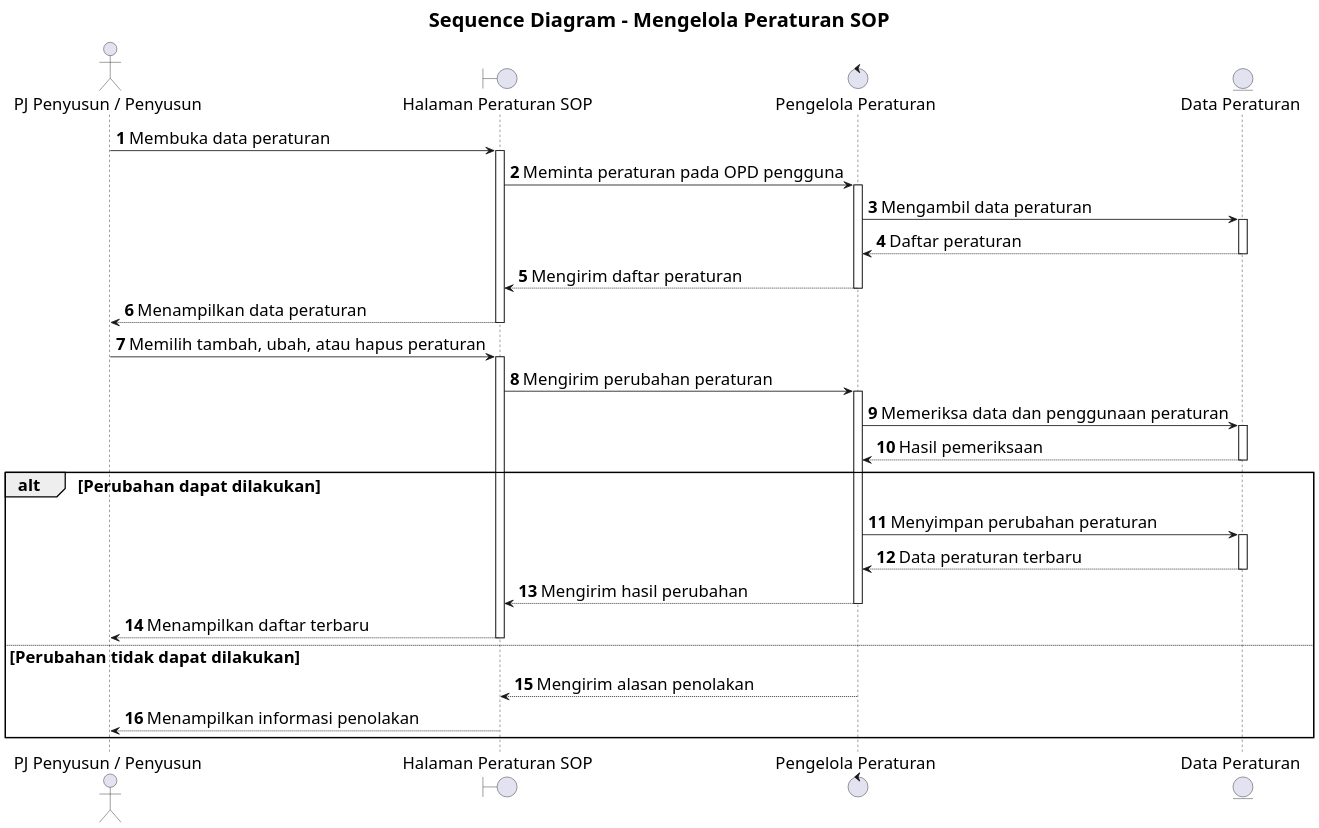
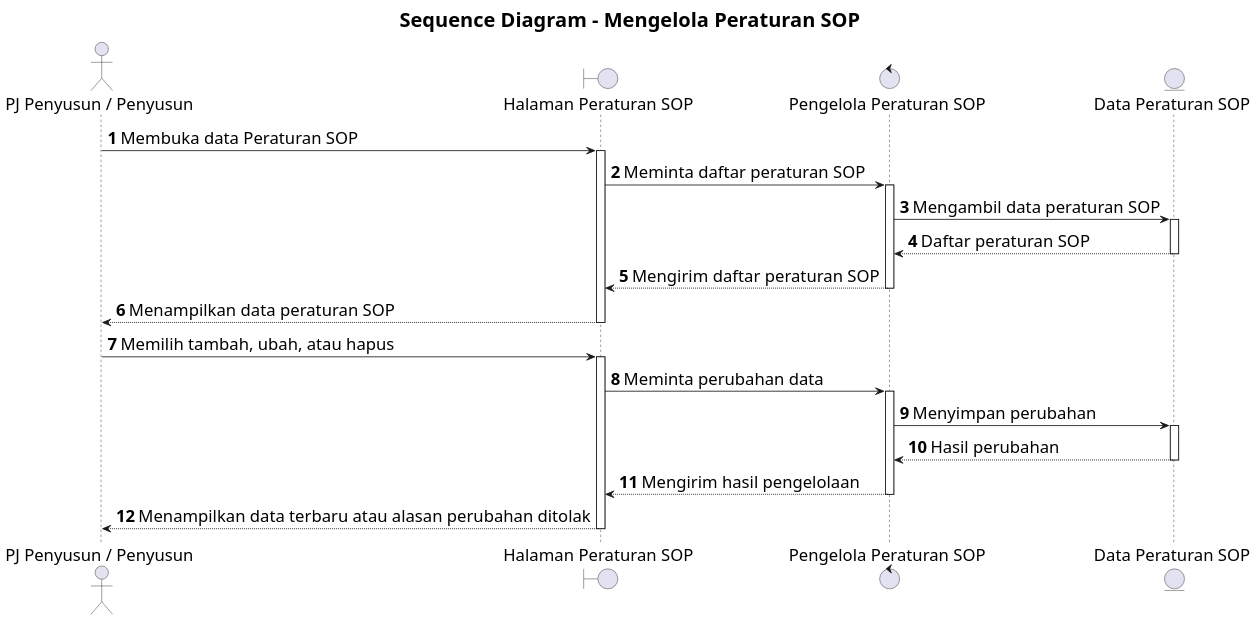
The diagram in docs/sequence/lampiran/pj-penyusun-penyusun-mengelola-peraturan-sop.md (howlil/sop-generate-app), drawn with PlantUML before and after one commit. The commit also changed other lines of this file and 20 other files, not shown here.

Commit message:
docs(sequence): simplify interaction detail across use cases

````diff
--- a/docs/sequence/lampiran/pj-penyusun-penyusun-mengelola-peraturan-sop.md
+++ b/docs/sequence/lampiran/pj-penyusun-penyusun-mengelola-peraturan-sop.md
@@ -16,39 +16,31 @@
 ```plantuml
 @startuml
 skinparam defaultFontSize 20
 skinparam titleFontSize 24
 skinparam dpi 160
 
 title Sequence Diagram - Mengelola Peraturan SOP
 autonumber
 autoactivate on
 
 actor "PJ Penyusun / Penyusun" as A
 boundary "Halaman Peraturan SOP" as B
-control "Pengelola Peraturan" as C
-entity "Data Peraturan" as D
+control "Pengelola Peraturan SOP" as C
+entity "Data Peraturan SOP" as D
 
-A -> B : Membuka data peraturan
-B -> C : Meminta peraturan pada OPD pengguna
-C -> D : Mengambil data peraturan
-D --> C : Daftar peraturan
-C --> B : Mengirim daftar peraturan
-B --> A : Menampilkan data peraturan
+A -> B : Membuka data Peraturan SOP
+B -> C : Meminta daftar peraturan SOP
+C -> D : Mengambil data peraturan SOP
+D --> C : Daftar peraturan SOP
+C --> B : Mengirim daftar peraturan SOP
+B --> A : Menampilkan data peraturan SOP
 
-A -> B : Memilih tambah, ubah, atau hapus peraturan
-B -> C : Mengirim perubahan peraturan
-C -> D : Memeriksa data dan penggunaan peraturan
-D --> C : Hasil pemeriksaan
-
-alt Perubahan dapat dilakukan
-  C -> D : Menyimpan perubahan peraturan
-  D --> C : Data peraturan terbaru
-  C --> B : Mengirim hasil perubahan
-  B --> A : Menampilkan daftar terbaru
-else Perubahan tidak dapat dilakukan
-  C --> B : Mengirim alasan penolakan
-  B --> A : Menampilkan informasi penolakan
-end
+A -> B : Memilih tambah, ubah, atau hapus
+B -> C : Meminta perubahan data
+C -> D : Menyimpan perubahan
+D --> C : Hasil perubahan
+C --> B : Mengirim hasil pengelolaan
+B --> A : Menampilkan data terbaru atau alasan perubahan ditolak
 
 @enduml
 ```
````
